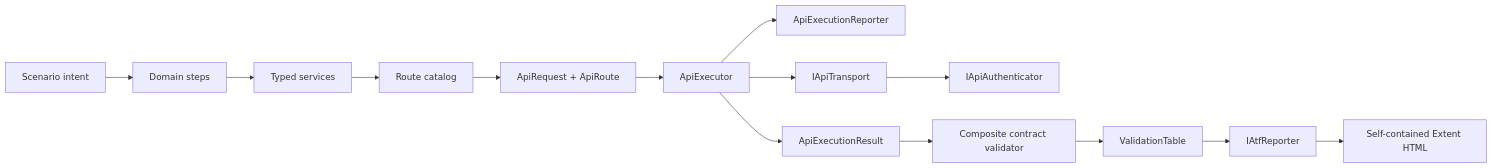
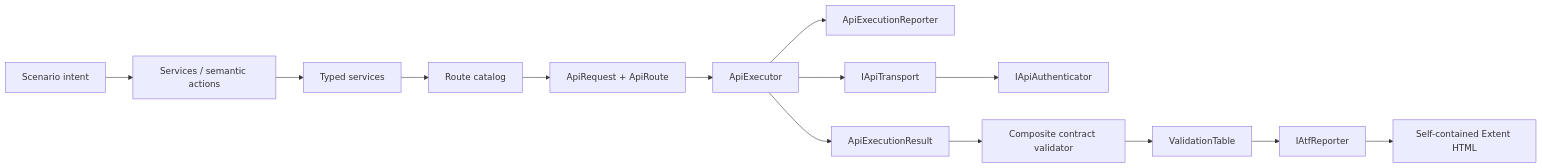
The first of 2 diagrams in docs/ATF_Quality_Assessment.md (crististefanita/CS1), drawn with Mermaid before and after one commit. The commit also changed other lines of this file and 210 other files, not shown here.

````diff
--- a/docs/ATF_Quality_Assessment.md
+++ b/docs/ATF_Quality_Assessment.md
@@ -40,16 +48,16 @@
 ```mermaid
 flowchart LR
-    Scenario[Scenario intent] --> Steps[Domain steps]
-    Steps --> Services[Typed services]
+    Scenario[Scenario intent] --> Actions[Services / semantic actions]
+    Actions --> Services[Typed services]
     Services --> Routes[Route catalog]
     Routes --> Request[ApiRequest + ApiRoute]
     Request --> Executor[ApiExecutor]
     Executor --> Reporter[ApiExecutionReporter]
     Executor --> Transport[IApiTransport]
     Transport --> Auth[IApiAuthenticator]
     Executor --> Result[ApiExecutionResult]
     Result --> Contract[Composite contract validator]
     Contract --> Table[ValidationTable]
     Table --> Evidence[IAtfReporter]
     Evidence --> Html[Self-contained Extent HTML]
 ```
````
